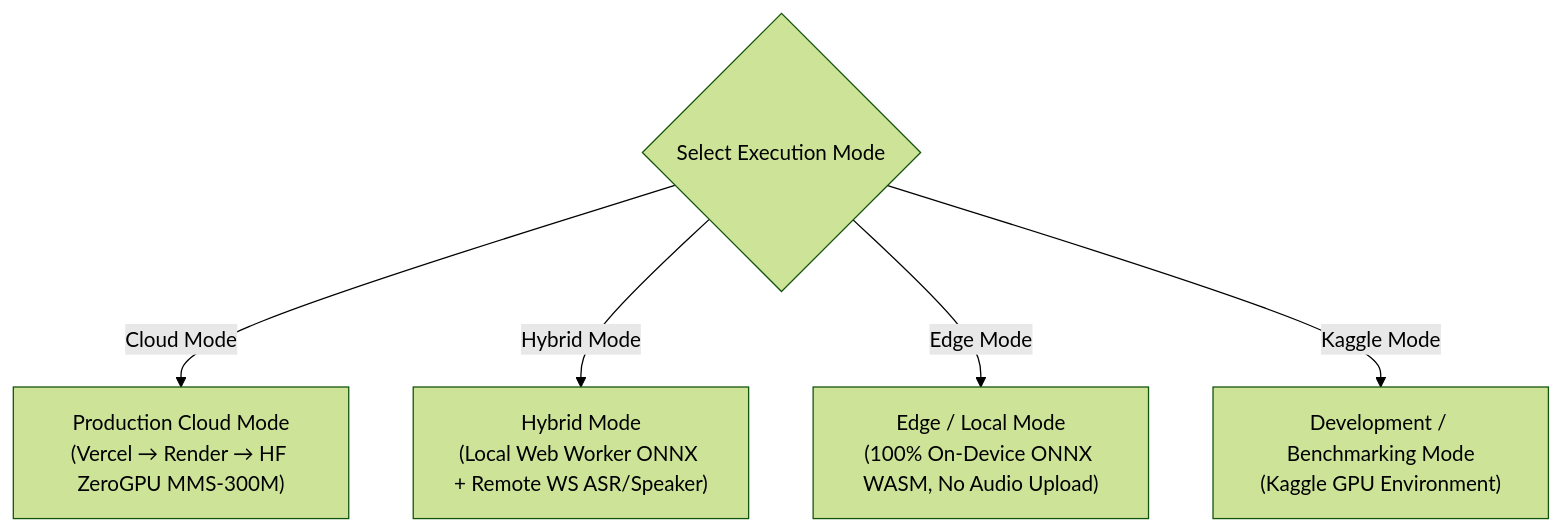
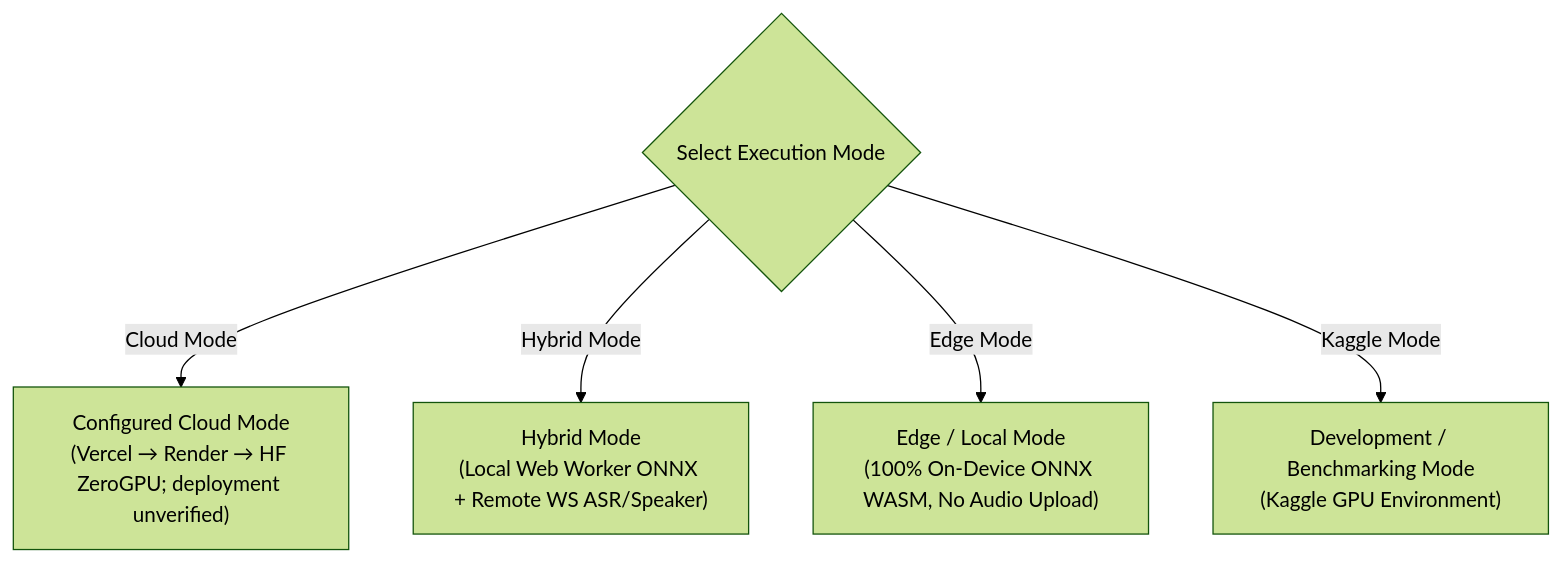
One commit to Devanshshar01/sih-voice changed the seventh of 9 diagrams in README.md. Above: the diagram before and after it, drawn with Mermaid (forest theme). The commit also changed other lines of this file and 15 other files, not shown here.

````diff
--- a/README.md
+++ b/README.md
@@ -456,8 +456,8 @@
 ```mermaid
 flowchart TD
     Mode{"Select Execution Mode"}
-    Mode -- Cloud Mode --> Cloud["Production Cloud Mode\n(Vercel → Render → HF ZeroGPU MMS-300M)"]
+    Mode -- Cloud Mode --> Cloud["Configured Cloud Mode\n(Vercel → Render → HF ZeroGPU; deployment unverified)"]
     Mode -- Hybrid Mode --> Hybrid["Hybrid Mode\n(Local Web Worker ONNX + Remote WS ASR/Speaker)"]
     Mode -- Edge Mode --> Edge["Edge / Local Mode\n(100% On-Device ONNX WASM, No Audio Upload)"]
     Mode -- Kaggle Mode --> Kaggle["Development / Benchmarking Mode\n(Kaggle GPU Environment)"]
 ```
````
